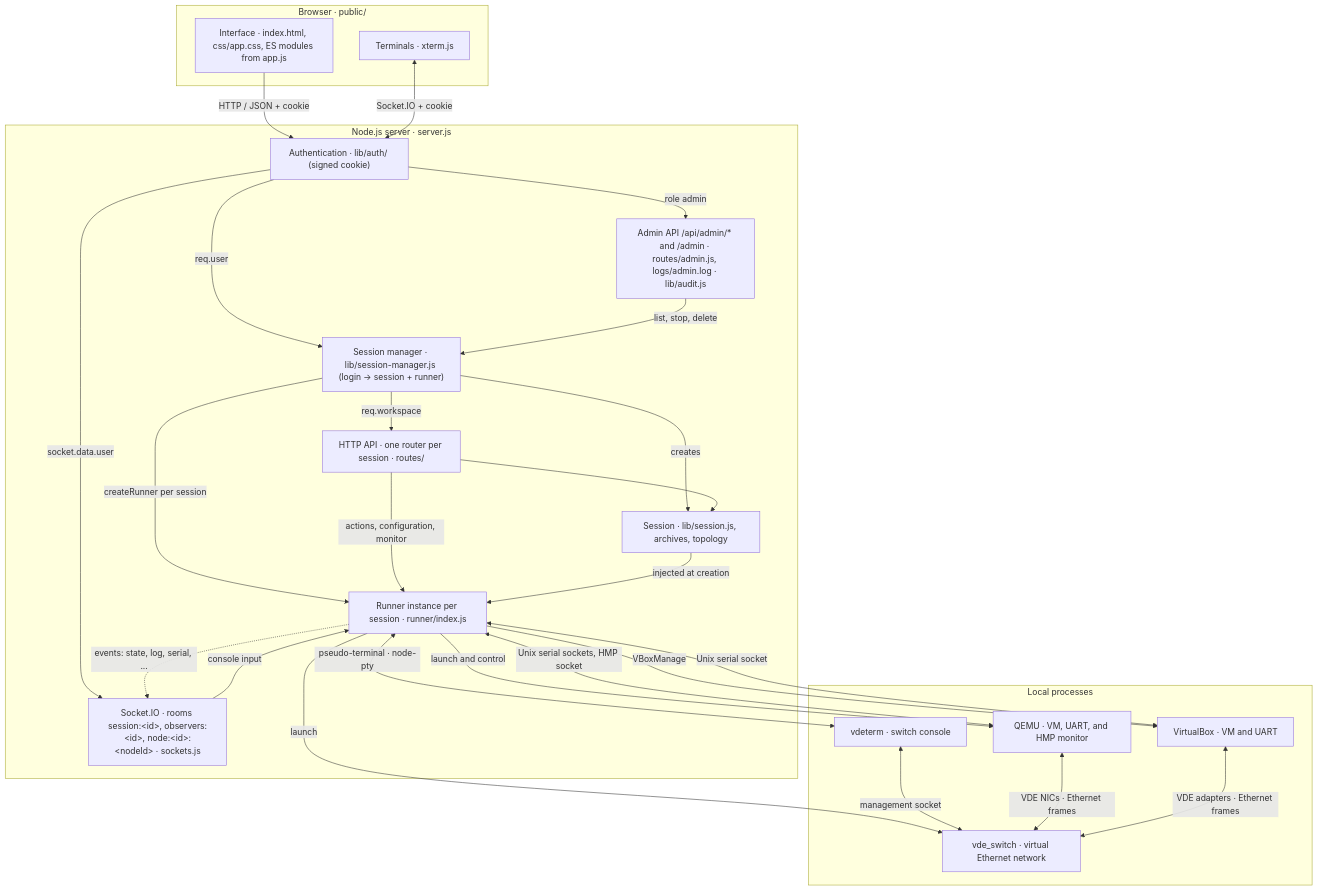
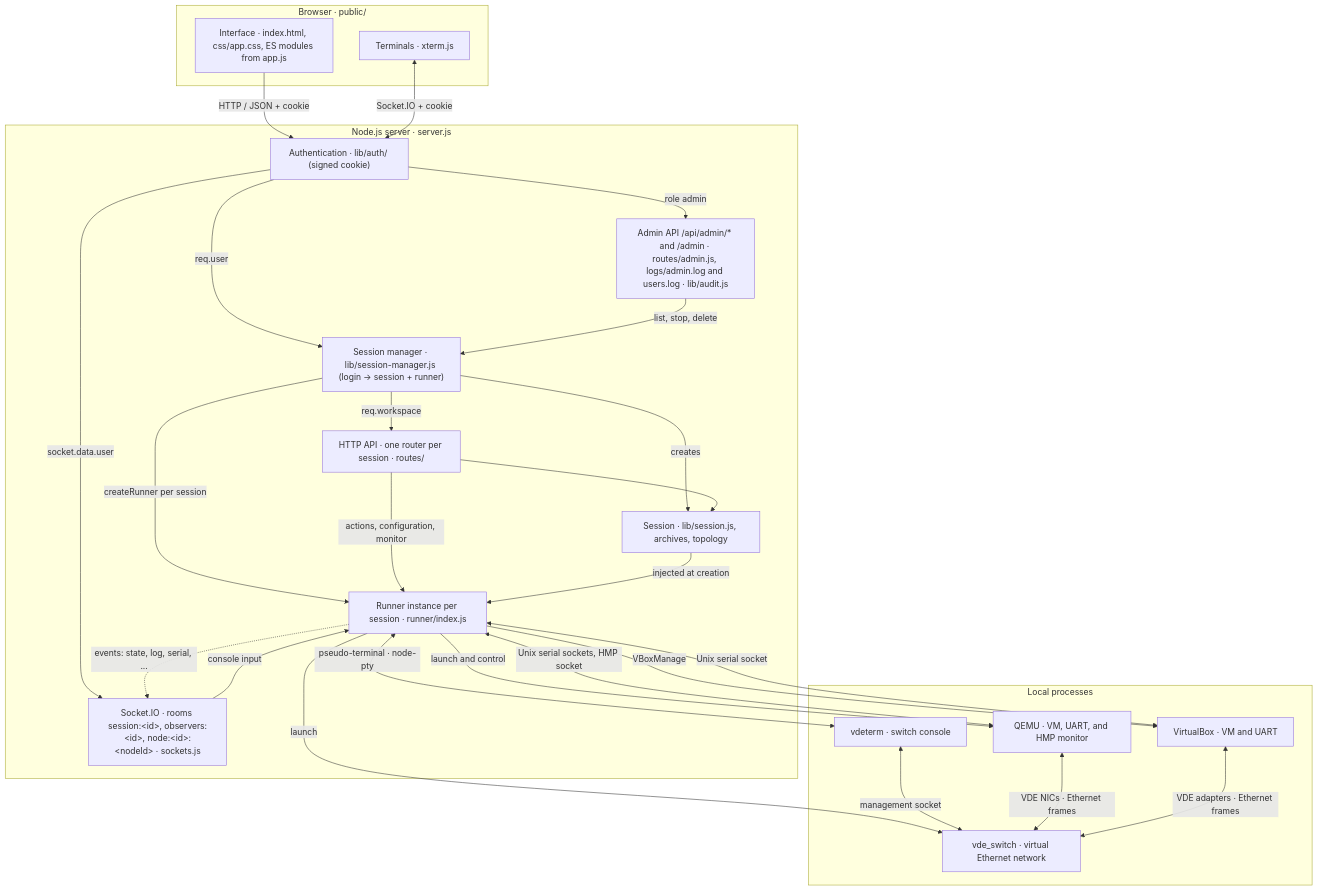
The diagram in docs/architecture.md (orel33/qemuweb), drawn with Mermaid before and after one commit. The commit also changed other lines of this file and 3 other files, not shown here.

Commit message:
docs(admin): Remove account, users.log and the log panel

````diff
--- a/docs/architecture.md
+++ b/docs/architecture.md
@@ -18,48 +18,48 @@
 ```mermaid
 flowchart TB
   subgraph Browser["Browser · public/"]
     UI["Interface · index.html, css/app.css, ES modules from app.js"]
     Terminal["Terminals · xterm.js"]
   end
 
   subgraph Server["Node.js server · server.js"]
     Auth["Authentication · lib/auth/ (signed cookie)"]
     Manager["Session manager · lib/session-manager.js (login → session + runner)"]
     Routes["HTTP API · one router per session · routes/"]
     Sockets["Socket.IO · rooms session:&lt;id&gt;, observers:&lt;id&gt;, node:&lt;id&gt;:&lt;nodeId&gt; · sockets.js"]
-    Admin["Admin API /api/admin/* and /admin · routes/admin.js, logs/admin.log · lib/audit.js"]
+    Admin["Admin API /api/admin/* and /admin · routes/admin.js, logs/admin.log and users.log · lib/audit.js"]
     Session["Session · lib/session.js, archives, topology"]
     Runner["Runner instance per session · runner/index.js"]
   end
 
   subgraph Local["Local processes"]
     QEMU["QEMU · VM, UART, and HMP monitor"]
     VBox["VirtualBox · VM and UART"]
     VDE["vde_switch · virtual Ethernet network"]
     VDeterm["vdeterm · switch console"]
   end
 
   UI -->|"HTTP / JSON + cookie"| Auth
   Terminal <-->|"Socket.IO + cookie"| Auth
   Auth -->|"req.user"| Manager
   Auth -->|"role admin"| Admin
   Admin -->|"list, stop, delete"| Manager
   Auth -->|"socket.data.user"| Sockets
   Manager -->|"req.workspace"| Routes
   Manager -->|"creates"| Session
   Manager -->|"createRunner per session"| Runner
   Routes --> Session
   Routes -->|"actions, configuration, monitor"| Runner
   Sockets -->|"console input"| Runner
   Runner -.->|"events: state, log, serial, ..."| Sockets
   Session -->|"injected at creation"| Runner
   Runner -->|"launch and control"| QEMU
   Runner -->|"VBoxManage"| VBox
   Runner -->|"launch"| VDE
   Runner <-->|"Unix serial sockets, HMP socket"| QEMU
   Runner <-->|"Unix serial socket"| VBox
   Runner <-->|"pseudo-terminal · node-pty"| VDeterm
   VDeterm <-->|"management socket"| VDE
   QEMU <-->|"VDE NICs · Ethernet frames"| VDE
   VBox <-->|"VDE adapters · Ethernet frames"| VDE
 ```
````
